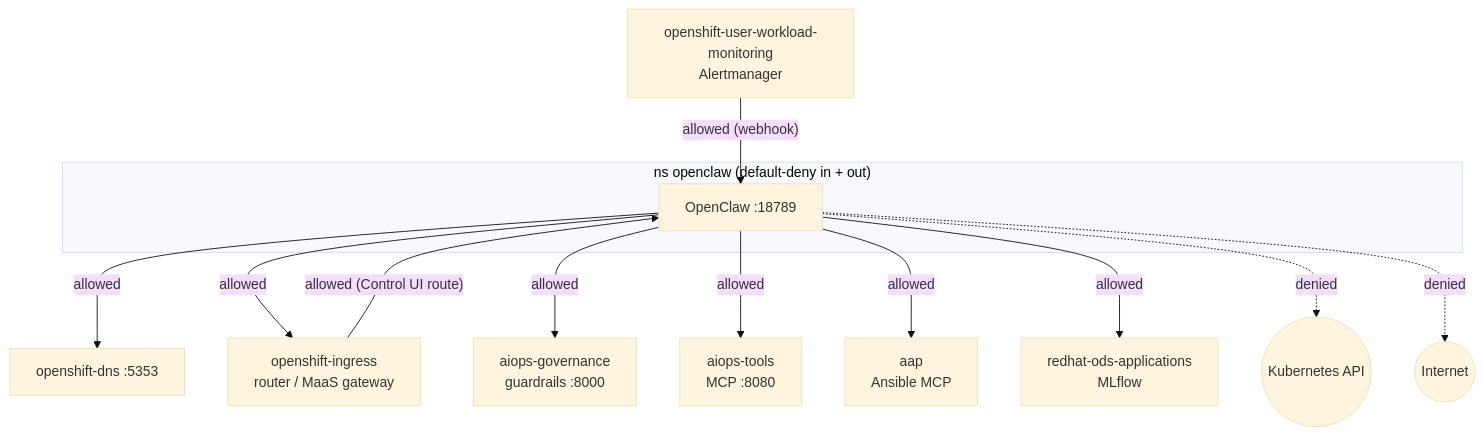
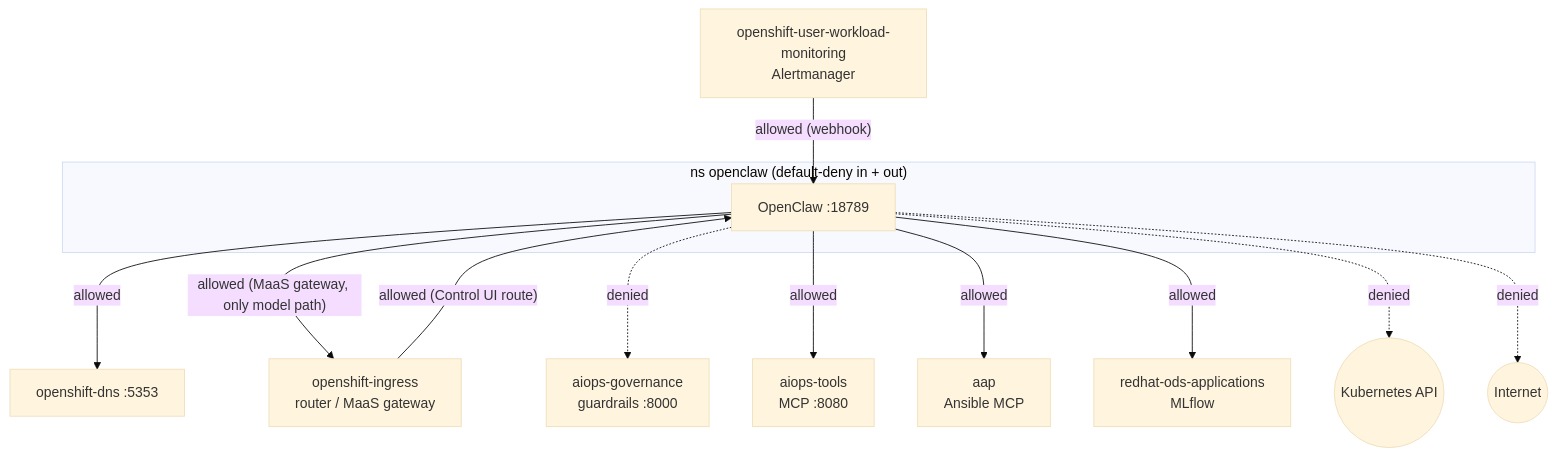
The first of 7 diagrams in docs/architecture.md (lccherri/openclaw-aiops-poc), drawn with Mermaid (base theme) before and after one commit. The commit also changed other lines of this file and 71 other files, not shown here.

````diff
--- a/docs/architecture.md
+++ b/docs/architecture.md
@@ -34,26 +35,26 @@
 ```mermaid
 flowchart TB
     subgraph openclaw["ns openclaw (default-deny in + out)"]
         OC[OpenClaw :18789]
     end
     DNS[openshift-dns :5353]
     ING["openshift-ingress<br/>router / MaaS gateway"]
     GOV["aiops-governance<br/>guardrails :8000"]
     TOOLS["aiops-tools<br/>MCP :8080"]
     AAP["aap<br/>Ansible MCP"]
     MLF["redhat-ods-applications<br/>MLflow"]
     UWM["openshift-user-workload-monitoring<br/>Alertmanager"]
     API(("Kubernetes API"))
     NET(("Internet"))
 
     OC -->|allowed| DNS
-    OC -->|allowed| ING
-    OC -->|allowed| GOV
+    OC -->|"allowed (MaaS gateway, only model path)"| ING
+    OC -.->|denied| GOV
     OC -->|allowed| TOOLS
     OC -->|allowed| AAP
     OC -->|allowed| MLF
     ING -->|"allowed (Control UI route)"| OC
     UWM -->|"allowed (webhook)"| OC
     OC -.->|denied| API
     OC -.->|denied| NET
 ```
````
